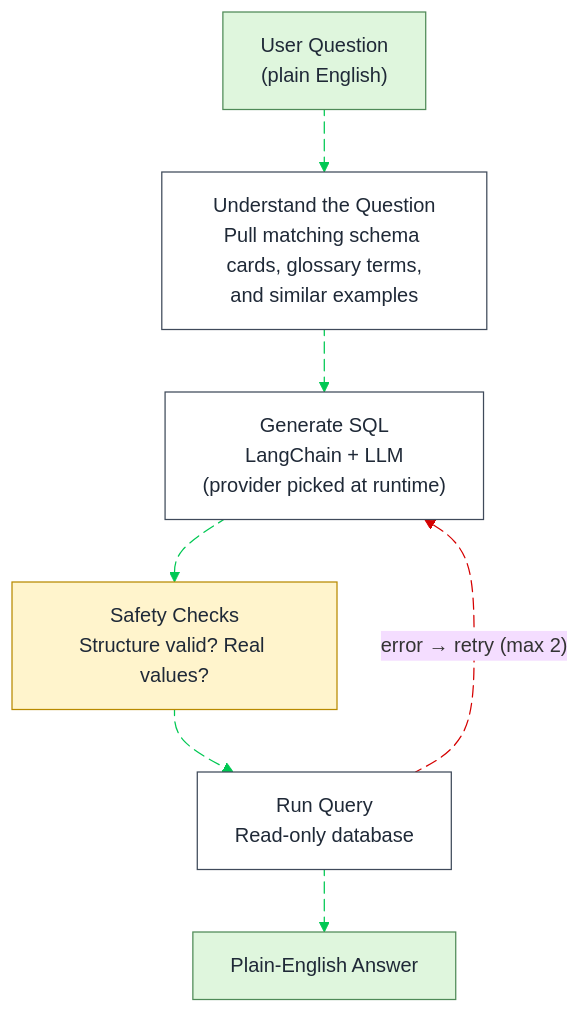
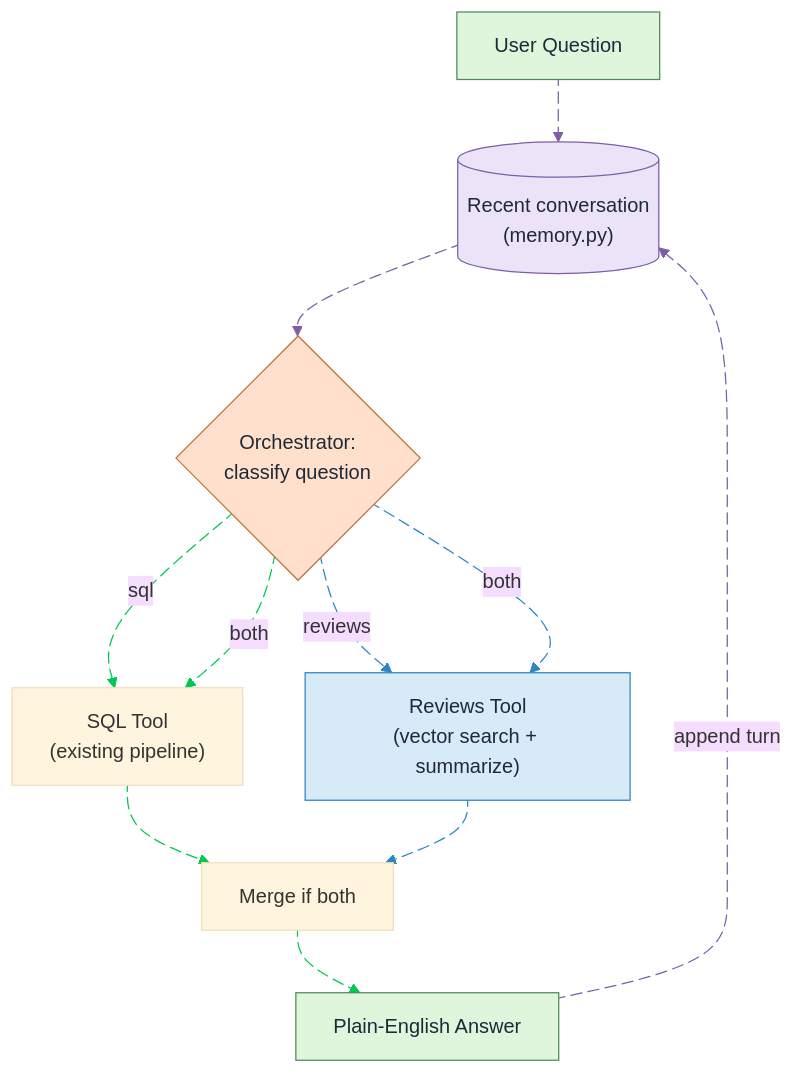
One commit to Yuvrajtakk/logistics_chatbot changed the first of 14 diagrams in Flowcharts_Mermaid_Source.md. Above: the diagram before and after it, drawn with Mermaid (base theme). The commit also changed other lines of this file and 3 other files, not shown here.

````diff
--- a/Flowcharts_Mermaid_Source.md
+++ b/Flowcharts_Mermaid_Source.md
@@ -11,35 +38,48 @@
 ```mermaid
 flowchart TD
-    Q["User Question<br/>(plain English)"]:::good
-    R["Understand the Question<br/>Pull matching schema cards, glossary terms,<br/>and similar examples"]
-    G["Generate SQL<br/>LangChain + LLM<br/>(provider picked at runtime)"]
-    S["Safety Checks<br/>Structure valid? Real values?"]:::check
-    E["Run Query<br/>Read-only database"]
+    Q["User Question"]:::good
+    Mem[("Recent conversation<br/>(memory.py)")]:::memory
+    Route{"Orchestrator:<br/>classify question"}:::route
+    SQL["SQL Tool<br/>(existing pipeline)"]
+    Rev["Reviews Tool<br/>(vector search + summarize)"]:::vector
+    Merge["Merge if both"]
     A["Plain-English Answer"]:::good
 
-    Q L_Q_R_0@--> R
-    R L_R_G_0@--> G
-    G L_G_S_0@--> S
-    S L_S_E_0@--> E
-    E L_E_A_0@--> A
-    E L_E_G_0@-. error → retry (max 2) .-> G
+    Q L_Q_Mem_0@--> Mem
+    Mem L_Mem_Route_0@--> Route
+    Route L_Route_SQL_0@-->|sql| SQL
+    Route L_Route_Rev_0@-->|reviews| Rev
+    Route L_Route_SQL_1@-->|both| SQL
+    Route L_Route_Rev_1@-->|both| Rev
+    SQL L_SQL_Merge_0@--> Merge
+    Rev L_Rev_Merge_0@--> Merge
+    Merge L_Merge_A_0@--> A
+    A L_A_Mem_0@-.->|append turn| Mem
 
-    classDef default fill:#FFFFFF,stroke:#3F4A5A,color:#1F2937
     classDef good fill:#DFF6DD,stroke:#4F8A57,color:#1F2937
-    classDef check fill:#FFF4CC,stroke:#B88A00,color:#1F2937
-    classDef bad fill:#FDE2E1,stroke:#C84C4C,color:#1F2937
+    classDef memory fill:#EDE3F8,stroke:#7B5EA7,color:#1F2937
+    classDef vector fill:#D6EAF8,stroke:#2E86C1,color:#1F2937
+    classDef route fill:#FFE0CC,stroke:#C2703D,color:#1F2937
 
-    linkStyle 0 stroke:#00C853,fill:none
-    linkStyle 1 stroke:#00C853,fill:none
+    linkStyle 0 stroke:#7B5EA7,fill:none
+    linkStyle 1 stroke:#7B5EA7,fill:none
     linkStyle 2 stroke:#00C853,fill:none
-    linkStyle 3 stroke:#00C853,fill:none
+    linkStyle 3 stroke:#2E86C1,fill:none
     linkStyle 4 stroke:#00C853,fill:none
-    linkStyle 5 stroke:#D50000,fill:none
+    linkStyle 5 stroke:#2E86C1,fill:none
+    linkStyle 6 stroke:#00C853,fill:none
+    linkStyle 7 stroke:#2E86C1,fill:none
+    linkStyle 8 stroke:#00C853,fill:none
+    linkStyle 9 stroke:#7B5EA7,fill:none
 
-    L_Q_R_0@{ animation: slow }
-    L_R_G_0@{ animation: slow }
-    L_G_S_0@{ animation: slow }
-    L_S_E_0@{ animation: slow }
-    L_E_A_0@{ animation: slow }
-    L_E_G_0@{ animation: slow }
+    L_Q_Mem_0@{ animation: slow }
+    L_Mem_Route_0@{ animation: slow }
+    L_Route_SQL_0@{ animation: slow }
+    L_Route_Rev_0@{ animation: slow }
+    L_Route_SQL_1@{ animation: slow }
+    L_Route_Rev_1@{ animation: slow }
+    L_SQL_Merge_0@{ animation: slow }
+    L_Rev_Merge_0@{ animation: slow }
+    L_Merge_A_0@{ animation: slow }
+    L_A_Mem_0@{ animation: slow }
 ```
````
